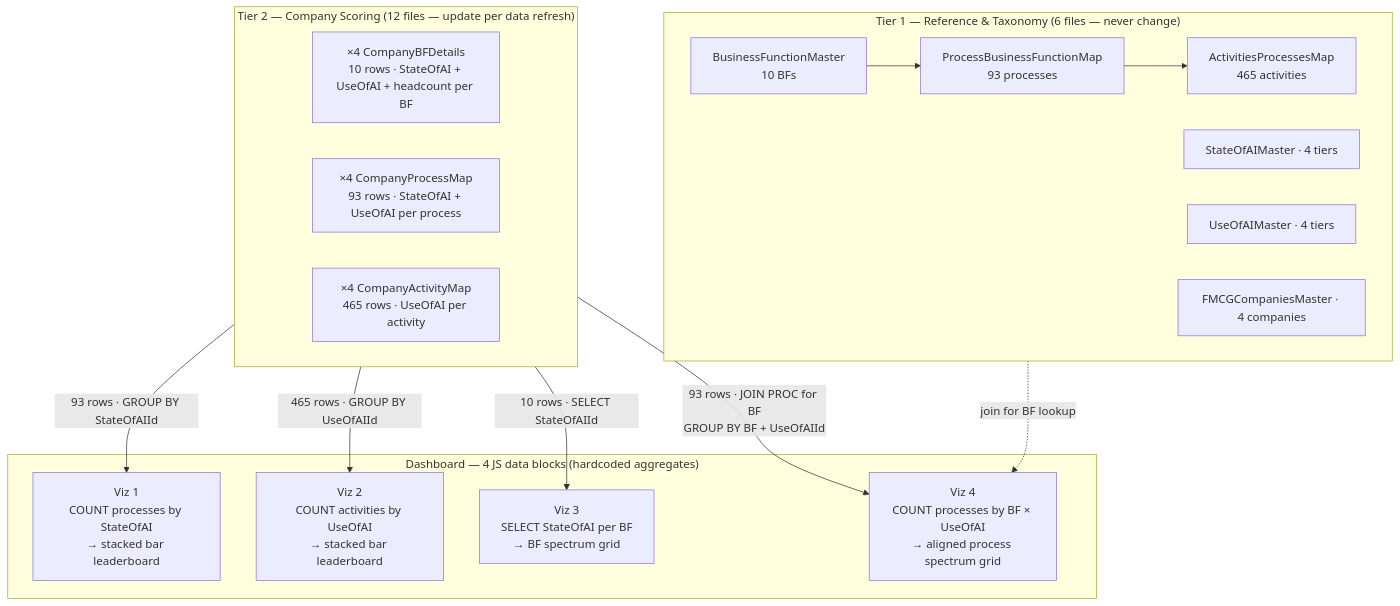
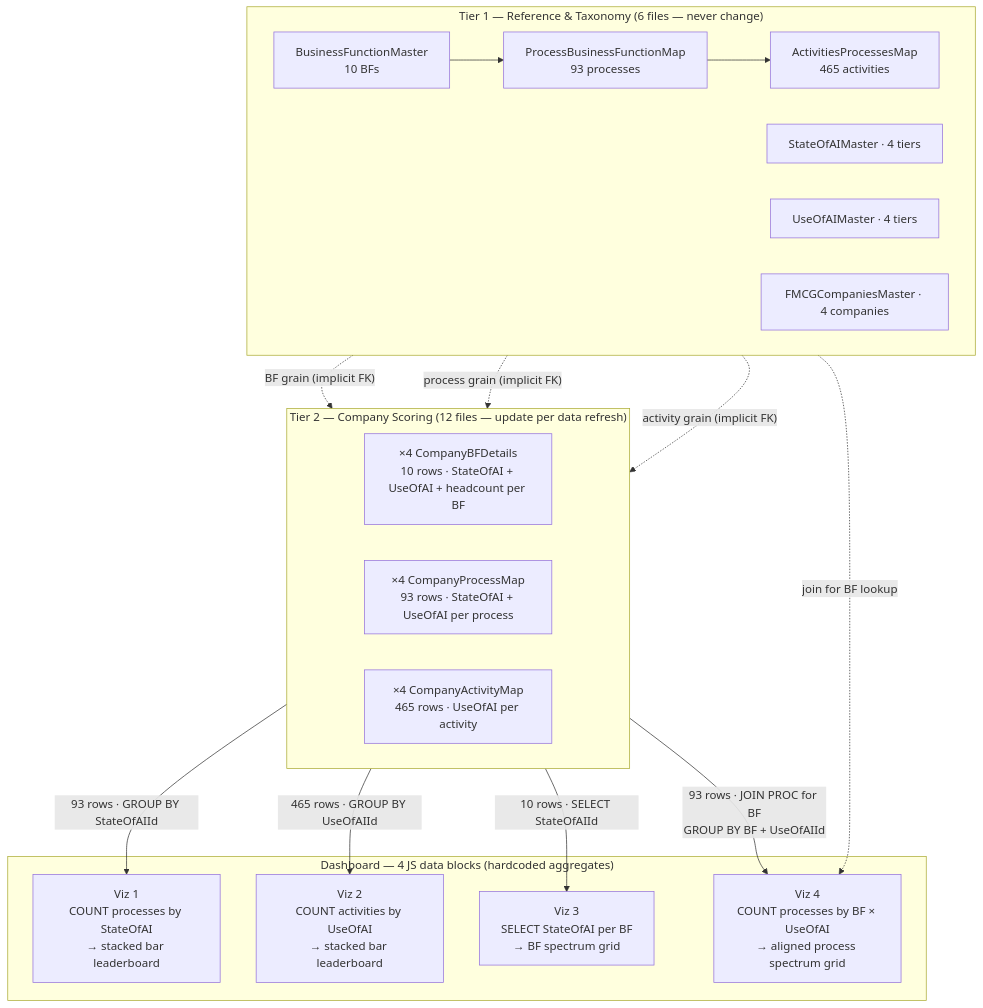
One commit to upadhyayanurodh/fmcg-ai-benchmarking-dashboard changed the second of 3 diagrams in ARCHITECTURE.md. Above: the diagram before and after it, drawn with Mermaid. The commit also changed other lines of this file, not shown here.

First line of the commit message:
fix(architecture): address 9 residual data model gaps from second review

````diff
--- a/ARCHITECTURE.md
+++ b/ARCHITECTURE.md
@@ -61,33 +61,36 @@
 ```mermaid
 flowchart TD
     subgraph T1["Tier 1 — Reference & Taxonomy (6 files — never change)"]
         direction LR
         BFM["BusinessFunctionMaster\n10 BFs"]
         PROC["ProcessBusinessFunctionMap\n93 processes"]
         ACT["ActivitiesProcessesMap\n465 activities"]
         SAI["StateOfAIMaster · 4 tiers"]
         UAI["UseOfAIMaster · 4 tiers"]
         FM["FMCGCompaniesMaster · 4 companies"]
     end
 
     subgraph T2["Tier 2 — Company Scoring (12 files — update per data refresh)"]
         direction LR
         CBF["×4 CompanyBFDetails\n10 rows · StateOfAI + UseOfAI + headcount per BF"]
         CPR["×4 CompanyProcessMap\n93 rows · StateOfAI + UseOfAI per process"]
         CAC["×4 CompanyActivityMap\n465 rows · UseOfAI per activity"]
     end
 
     subgraph VIZ["Dashboard — 4 JS data blocks (hardcoded aggregates)"]
         V1["Viz 1\nCOUNT processes by StateOfAI\n→ stacked bar leaderboard"]
         V2["Viz 2\nCOUNT activities by UseOfAI\n→ stacked bar leaderboard"]
         V3["Viz 3\nSELECT StateOfAI per BF\n→ BF spectrum grid"]
         V4["Viz 4\nCOUNT processes by BF × UseOfAI\n→ aligned process spectrum grid"]
     end
 
     BFM --> PROC --> ACT
     CPR -->|"93 rows · GROUP BY StateOfAIId"| V1
     CAC -->|"465 rows · GROUP BY UseOfAIId"| V2
     CBF -->|"10 rows · SELECT StateOfAIId"| V3
     CPR -->|"93 rows · JOIN PROC for BF\nGROUP BY BF + UseOfAIId"| V4
     PROC -.->|"join for BF lookup"| V4
+    BFM -.->|"BF grain (implicit FK)"| CBF
+    PROC -.->|"process grain (implicit FK)"| CPR
+    ACT -.->|"activity grain (implicit FK)"| CAC
 ```
````
